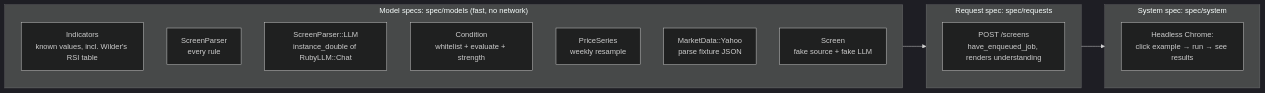
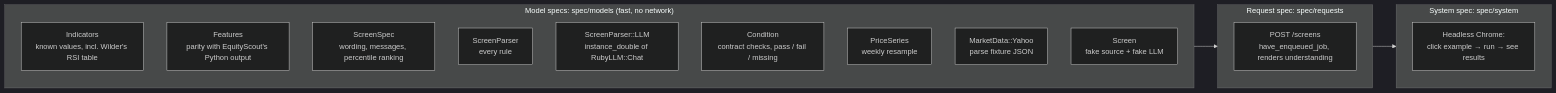
The fifth of 7 diagrams in docs/ARCHITECTURE.md (henryzhangpku/rails-nl-screen), drawn with Mermaid (dark theme) before and after one commit. The commit also changed other lines of this file and 1 other file, not shown here.

Commit message:
Docs: the shared contract with EquityScout, the funnel and ranking

````diff
--- a/docs/ARCHITECTURE.md
+++ b/docs/ARCHITECTURE.md
@@ -609,19 +635,21 @@
 ```mermaid
 flowchart LR
   subgraph Models["Model specs: spec/models (fast, no network)"]
     I["Indicators<br/>known values, incl. Wilder's RSI table"]
+    FE["Features<br/>parity with EquityScout's Python output"]
+    SS["ScreenSpec<br/>wording, messages, percentile ranking"]
     PA["ScreenParser<br/>every rule"]
     CL["ScreenParser::LLM<br/>instance_double of RubyLLM::Chat"]
-    CO["Condition<br/>whitelist + evaluate + strength"]
+    CO["Condition<br/>contract checks, pass / fail / missing"]
     PS["PriceSeries<br/>weekly resample"]
     YH["MarketData::Yahoo<br/>parse fixture JSON"]
     SC["Screen<br/>fake source + fake LLM"]
   end
   subgraph Requests["Request spec: spec/requests"]
     CT["POST /screens<br/>have_enqueued_job, renders understanding"]
   end
   subgraph System["System spec: spec/system"]
     ST["Headless Chrome:<br/>click example → run → see results"]
   end
   Models --> Requests --> System
 ```
````
